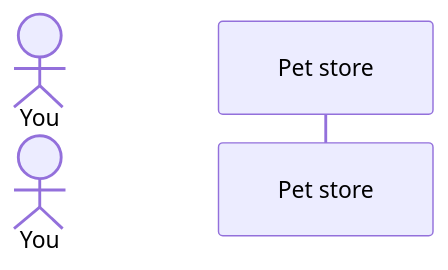
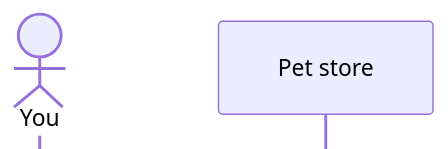
Before and after one commit to carolyncole/i_love_mermaid: the second of 6 diagrams in empty-flow.md, drawn with Mermaid. The commit also changed other lines of this file, not shown here.

````diff
--- a/empty-flow.md
+++ b/empty-flow.md
@@ -25,5 +23,6 @@
   ```mermaid
   sequenceDiagram
+  %%{init: { 'sequence': {'mirrorActors':false} } }%%
     actor you as You
     participant store as Pet store
   ```
````
